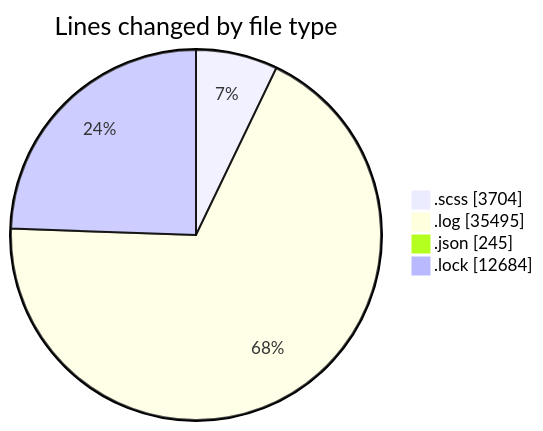
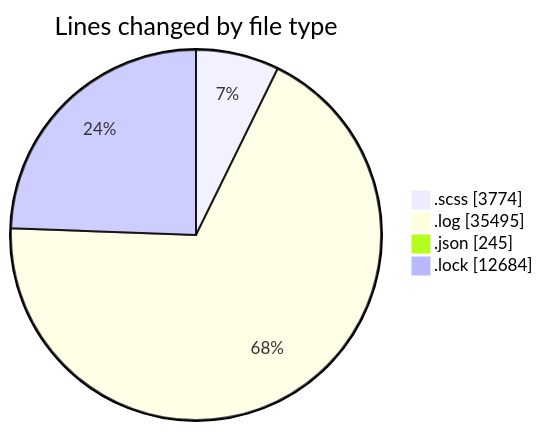
The first of 2 diagrams in 2026-01-21/cda/README.md (momahboobian/code-tracking), drawn with Mermaid before and after one commit. The commit also changed other lines of this file and 1 other file, not shown here.

````diff
--- a/2026-01-21/cda/README.md
+++ b/2026-01-21/cda/README.md
@@ -41,8 +41,8 @@
 ```mermaid
 pie showData
 title Lines changed by file type
-".scss" : 3704
+".scss" : 3774
 ".log" : 35495
 ".json" : 245
 ".lock" : 12684
 ```
````
